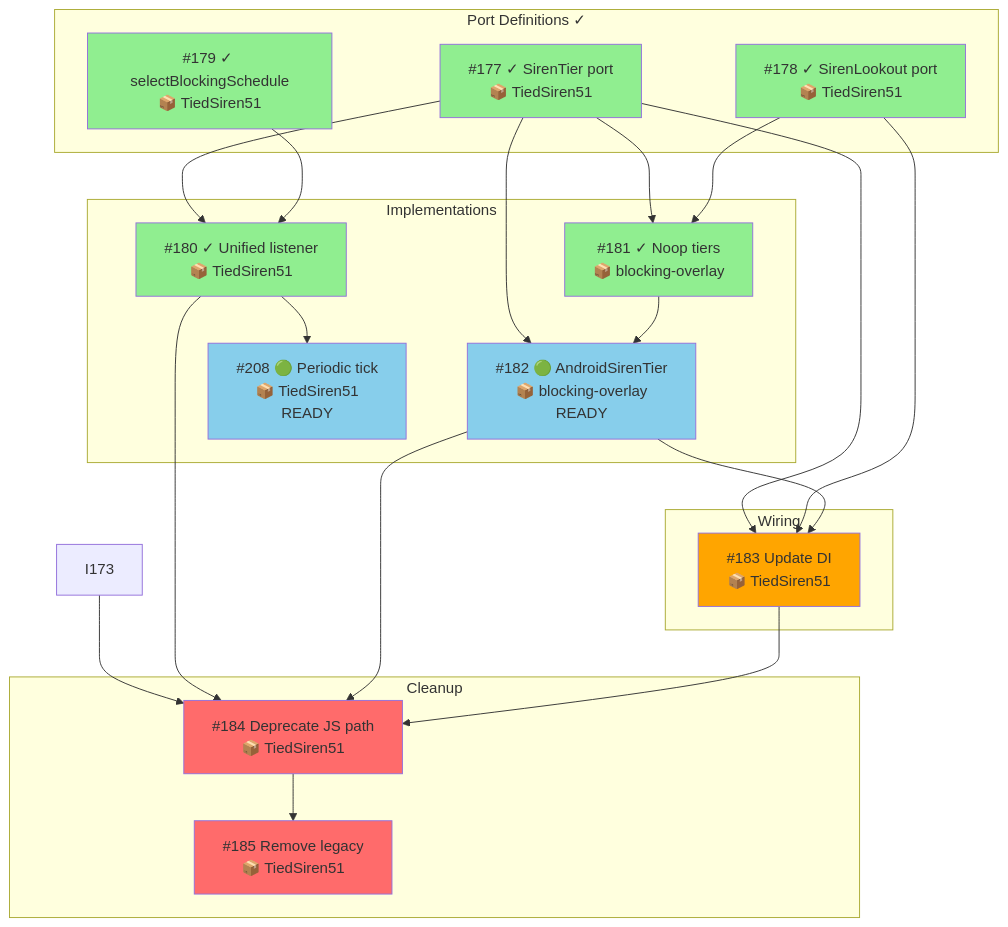
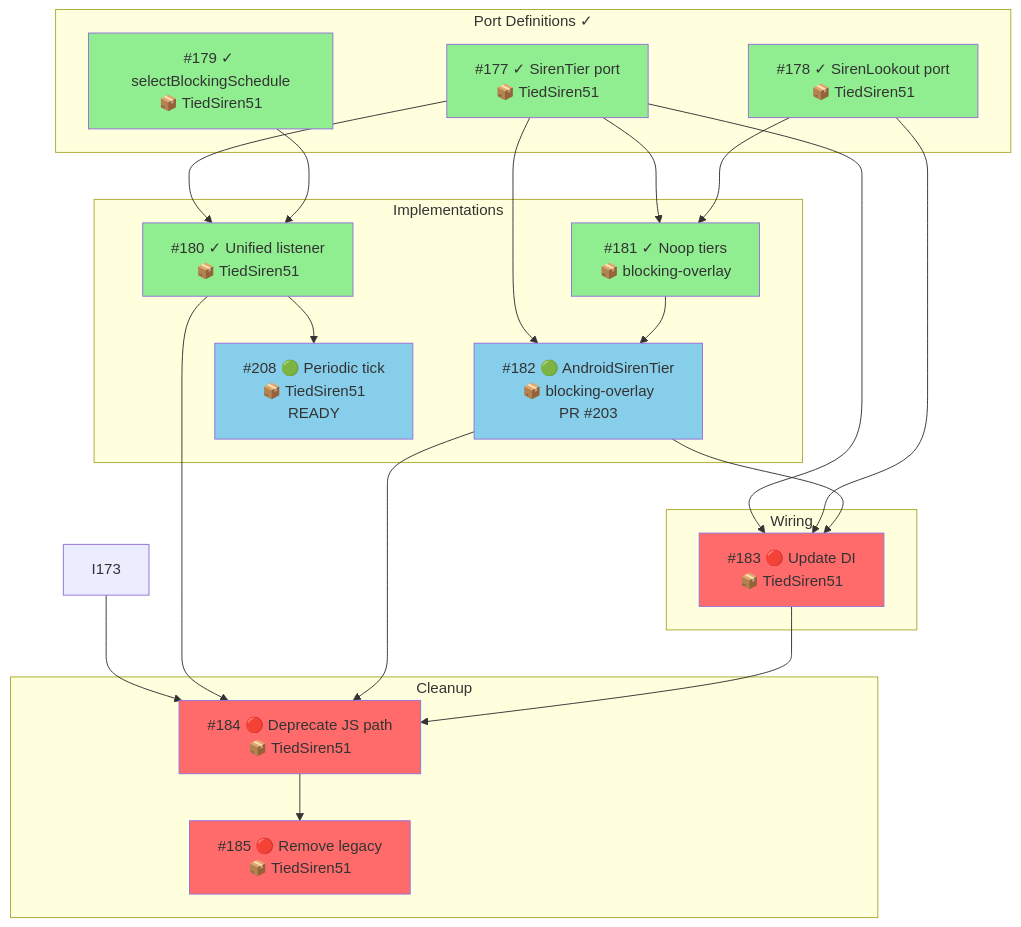
Before and after one commit to amehmeto/TiedSiren51: the third of 7 diagrams in docs/dependency-graph.md, drawn with Mermaid. The commit also changed other lines of this file and 10 other files, not shown here.

````diff
--- a/docs/dependency-graph.md
+++ b/docs/dependency-graph.md
@@ -55,60 +64,60 @@
 ```mermaid
 flowchart TD
     subgraph PORTS["Port Definitions ✓"]
         I177["#177 ✓ SirenTier port<br/>📦 TiedSiren51"]
         I178["#178 ✓ SirenLookout port<br/>📦 TiedSiren51"]
         I179["#179 ✓ selectBlockingSchedule<br/>📦 TiedSiren51"]
     end
 
     subgraph IMPL["Implementations"]
         I181["#181 ✓ Noop tiers<br/>📦 blocking-overlay"]
-        I182["#182 🟢 AndroidSirenTier<br/>📦 blocking-overlay<br/>READY"]
+        I182["#182 🟢 AndroidSirenTier<br/>📦 blocking-overlay<br/>PR #203"]
         I180["#180 ✓ Unified listener<br/>📦 TiedSiren51"]
         I208["#208 🟢 Periodic tick<br/>📦 TiedSiren51<br/>READY"]
     end
 
     subgraph WIRE["Wiring"]
-        I183["#183 Update DI<br/>📦 TiedSiren51"]
+        I183["#183 🔴 Update DI<br/>📦 TiedSiren51"]
     end
 
     subgraph CLEANUP["Cleanup"]
-        I184["#184 Deprecate JS path<br/>📦 TiedSiren51"]
-        I185["#185 Remove legacy<br/>📦 TiedSiren51"]
+        I184["#184 🔴 Deprecate JS path<br/>📦 TiedSiren51"]
+        I185["#185 🔴 Remove legacy<br/>📦 TiedSiren51"]
     end
 
     %% Port dependencies
     I177 --> I181
     I178 --> I181
     I177 --> I182
     I181 --> I182
 
     %% Listener needs ports + selector
     I177 --> I180
     I179 --> I180
     I180 --> I208
 
     %% DI needs implementations
     I177 --> I183
     I178 --> I183
     I182 --> I183
 
     %% Deprecation needs everything working
     I173 --> I184
     I180 --> I184
     I182 --> I184
     I183 --> I184
 
     %% Cleanup is last
     I184 --> I185
 
     style I177 fill:#90EE90
     style I178 fill:#90EE90
     style I179 fill:#90EE90
     style I181 fill:#90EE90
     style I180 fill:#90EE90
     style I182 fill:#87CEEB
     style I208 fill:#87CEEB
-    style I183 fill:#FFA500
+    style I183 fill:#FF6B6B
     style I184 fill:#FF6B6B
     style I185 fill:#FF6B6B
 ```
````
